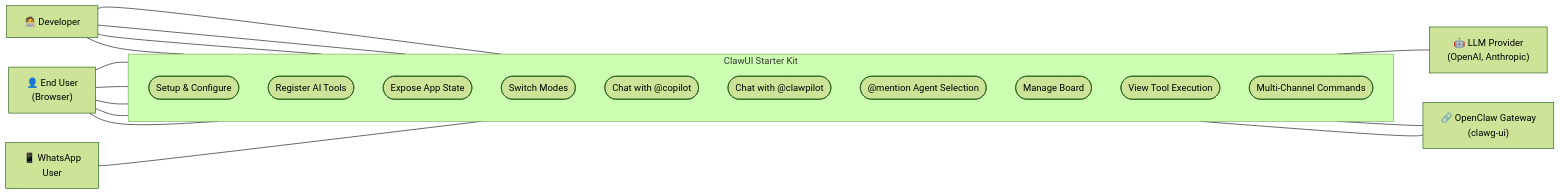
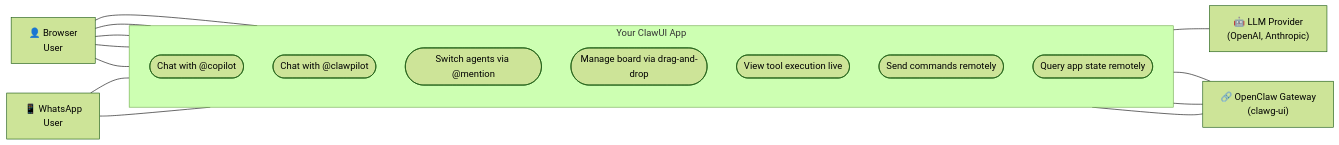
Before and after one commit to codedalex/clawuikit: the diagram in README.md, drawn with Mermaid (forest theme). The commit also changed other lines of this file, not shown here.

First line of the commit message:
Refactor README: separate use cases from developer customization

````diff
--- a/README.md
+++ b/README.md
@@ -64,43 +64,28 @@
 ```mermaid
 flowchart LR
-    DEV["🧑‍💻 Developer"]
-    EU["👤 End User<br/>(Browser)"]
+    EU["👤 Browser<br/>User"]
     WAU["📱 WhatsApp<br/>User"]
 
-    subgraph system["  ClawUI Starter Kit  "]
+    subgraph system["  Your ClawUI App  "]
         direction TB
-
-        UC1(["Setup & Configure"])
-        UC2(["Register AI Tools"])
-        UC3(["Expose App State"])
-        UC4(["Switch Modes"])
-
-        UC5(["Chat with @copilot"])
-        UC6(["Chat with @clawpilot"])
-        UC7(["@mention Agent Selection"])
-        UC8(["Manage Board"])
-        UC9(["View Tool Execution"])
-
-        UC10(["Multi-Channel Commands"])
+        UC1(["Chat with @copilot"])
+        UC2(["Chat with @clawpilot"])
+        UC3(["Switch agents via @mention"])
+        UC4(["Manage board via drag-and-drop"])
+        UC5(["View tool execution live"])
+        UC6(["Send commands remotely"])
+        UC7(["Query app state remotely"])
     end
 
     LLM["🤖 LLM Provider<br/>(OpenAI, Anthropic)"]
     OC["🔗 OpenClaw Gateway<br/>(clawg-ui)"]
 
-    DEV --- UC1
-    DEV --- UC2
-    DEV --- UC3
-    DEV --- UC4
+    EU --- UC1 & UC2 & UC3 & UC4 & UC5
 
-    EU --- UC5
-    EU --- UC6
-    EU --- UC7
-    EU --- UC8
-    EU --- UC9
+    WAU --- UC6 & UC7
 
-    WAU --- UC10
-
-    UC5 --- LLM
+    UC1 --- LLM
+    UC2 --- OC
     UC6 --- OC
-    UC10 --- OC
+    UC7 --- OC
 ```
````
